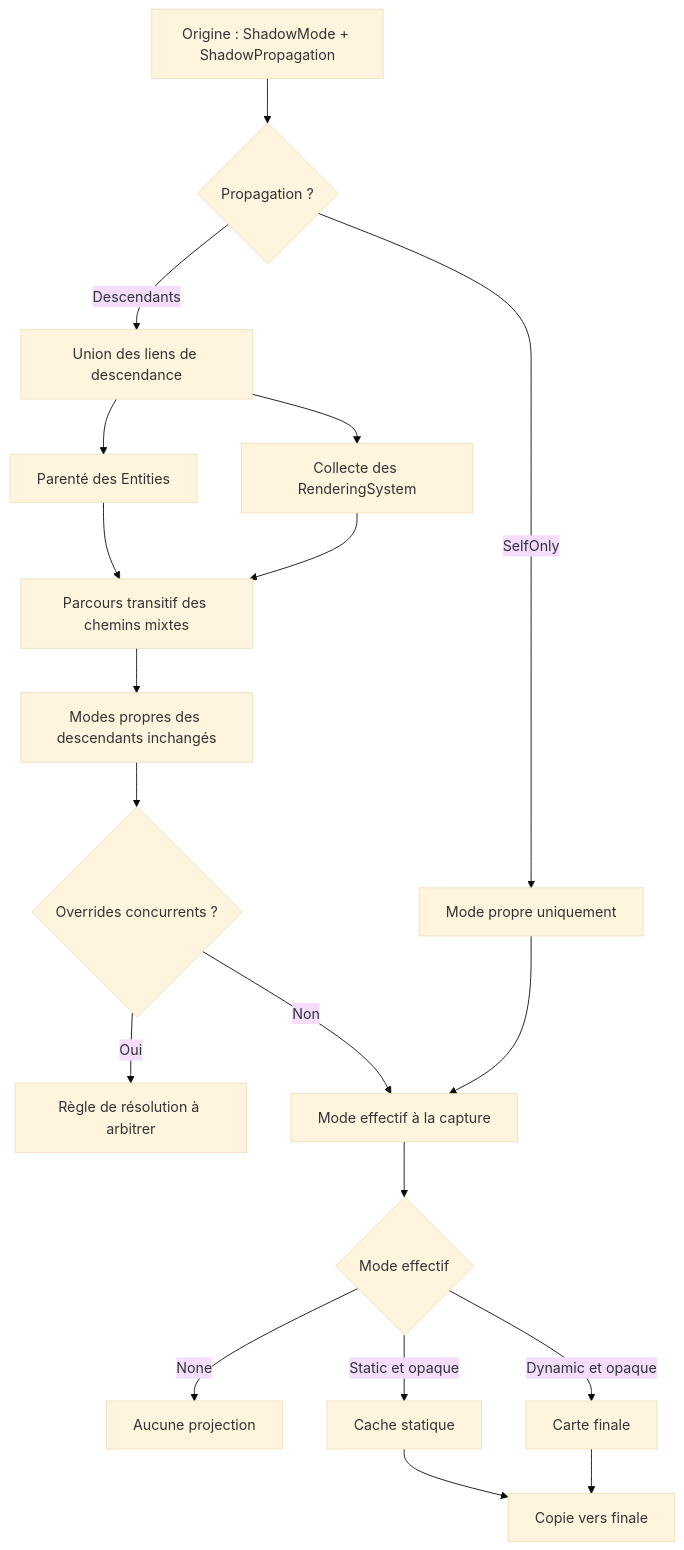
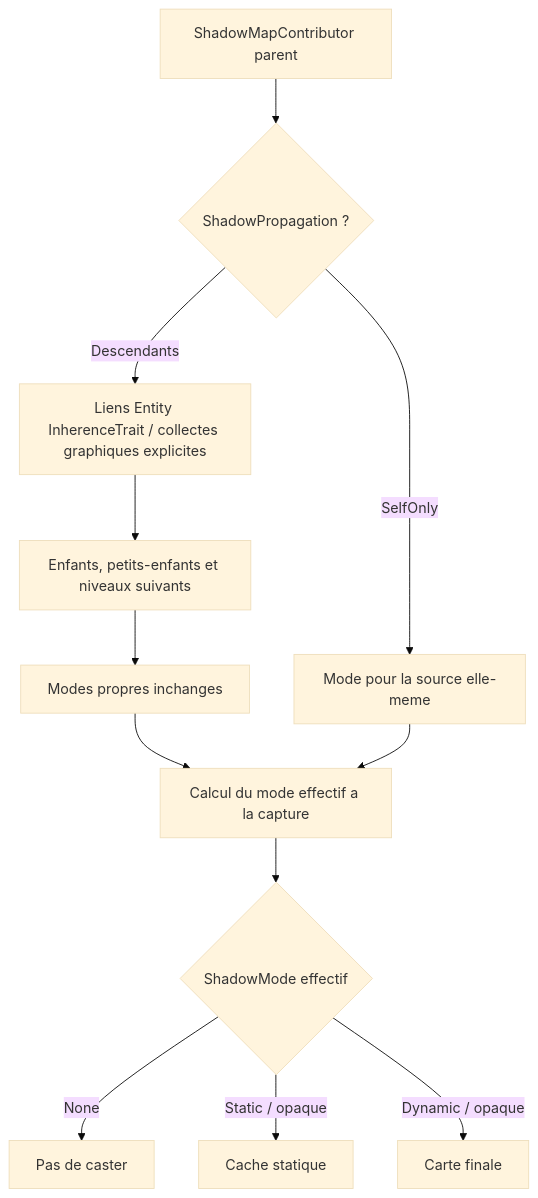
Diagram 13 of 14 in docs/voxel-engine-v0.1.4-specification.md (EreliaStudio/Sparkle), drawn with Mermaid (base theme) before and after one commit. The commit also changed other lines of this file, not shown here.

Commit message:
docs(v0.1.4): move ShadowMode MeshFilter and shadow cache ownership out of EngineView into dedicated shadow components/system

````diff
--- a/docs/voxel-engine-v0.1.4-specification.md
+++ b/docs/voxel-engine-v0.1.4-specification.md
@@ -1102,21 +1079,14 @@
 ```mermaid
 flowchart TD
-  Parent["Origine : ShadowMode + ShadowPropagation"] --> P{"Propagation ?"}
-  P -->|"SelfOnly"| Own["Mode propre uniquement"]
-  P -->|"Descendants"| Union["Union des liens de descendance"]
-  Union --> Entity["Parenté des Entities"]
-  Union --> System["Collecte des RenderingSystem"]
-  Entity --> Traverse["Parcours transitif des chemins mixtes"]
-  System --> Traverse
-  Traverse --> Keep["Modes propres des descendants inchangés"]
-  Keep --> Conflicts{"Overrides concurrents ?"}
-  Conflicts -->|"Oui"| Open["Règle de résolution à arbitrer"]
-  Conflicts -->|"Non"| Effective["Mode effectif à la capture"]
+  P["ShadowMapContributor parent"] --> Policy{"ShadowPropagation ?"}
+  Policy -->|"SelfOnly"| Own["Mode pour la source elle-meme"]
+  Policy -->|"Descendants"| Links["Liens Entity InherenceTrait / collectes graphiques explicites"]
+  Links --> Desc["Enfants, petits-enfants et niveaux suivants"]
+  Desc --> NonMut["Modes propres inchanges"]
+  NonMut --> Effective["Calcul du mode effectif a la capture"]
   Own --> Effective
-  Effective --> M{"Mode effectif"}
-  M -->|"None"| No["Aucune projection"]
-  M -->|"Static et opaque"| Static["Cache statique"]
-  M -->|"Dynamic et opaque"| Dynamic["Carte finale"]
-  Static --> Final["Copie vers finale"]
-  Dynamic --> Final
+  Effective --> Mode{"ShadowMode effectif"}
+  Mode -->|"None"| N["Pas de caster"]
+  Mode -->|"Static / opaque"| St["Cache statique"]
+  Mode -->|"Dynamic / opaque"| Dy["Carte finale"]
 ```
````
